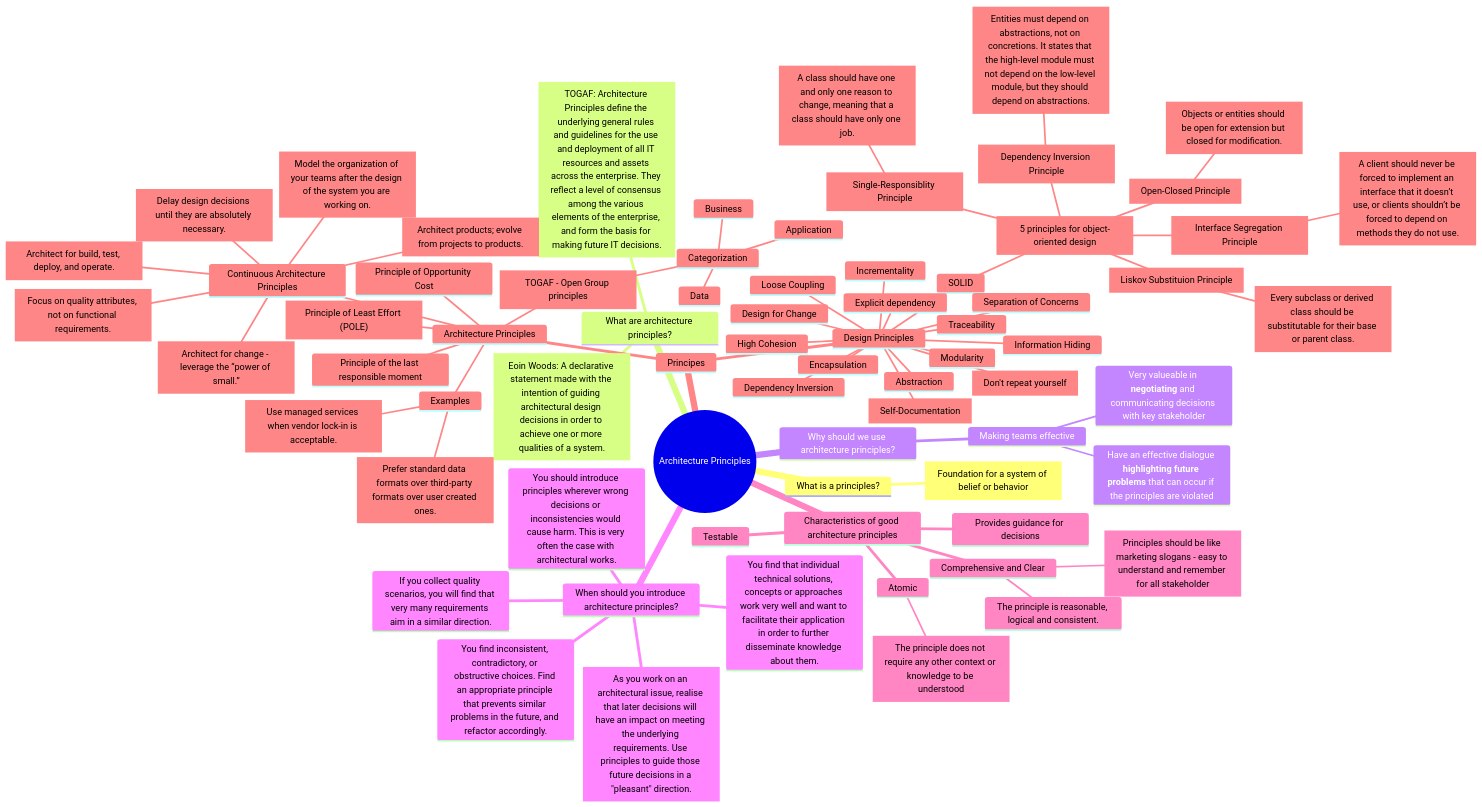
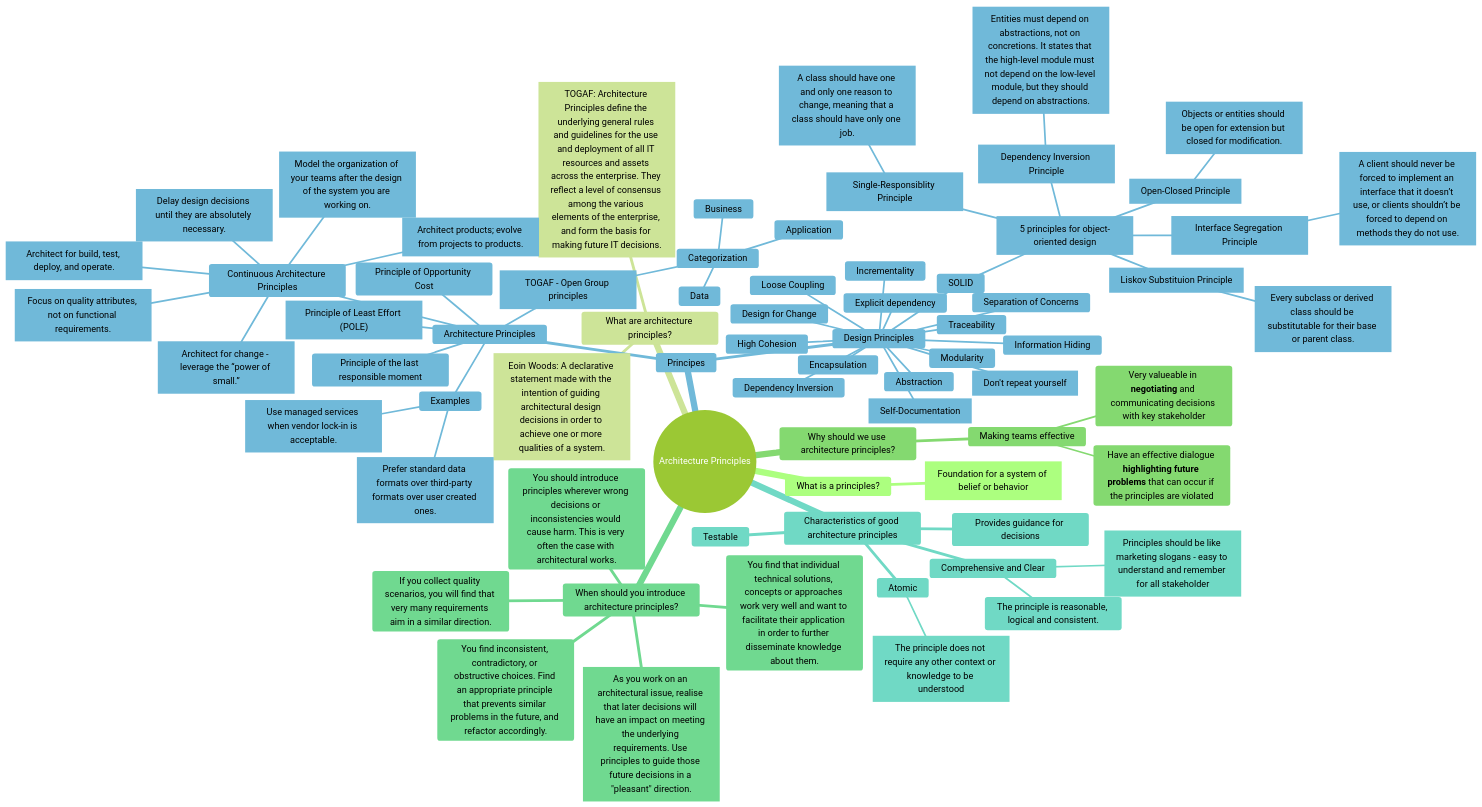
The diagram in README.md (bitsmuggler/software-architecture-principles), drawn with Mermaid before and after one commit.

````diff
--- a/README.md
+++ b/README.md
@@ -5,75 +5,77 @@
-```{.mermaid theme=forest}
+``` mermaid
+
+%%{init: {'theme': 'forest', "flowchart" : { "curve" : "basis" } } }%%
 
 mindmap
   root((Architecture Principles))
     What is a principles?
         ["Foundation for a system of belief or behavior"]
     What are architecture principles?
         ["Eoin Woods: A declarative statement made with the intention of guiding architectural design decisions in order to achieve one or more qualities of a system."]
         ["TOGAF: Architecture Principles define the underlying general rules and guidelines for the use and deployment of all IT resources and assets across the enterprise. They reflect a level of consensus among the various elements of the enterprise, and form the basis for making future IT decisions."]
     Why should we use architecture principles?
         Making teams effective
             Very valueable in **negotiating** and communicating decisions with key stakeholder
             Have an effective dialogue **highlighting future problems** that can occur if the principles are violated
     When should you introduce architecture principles?
         You should introduce principles wherever wrong decisions or inconsistencies would cause harm. This is very often the case with architectural works.
         You find that individual technical solutions, concepts or approaches work very well and want to facilitate their application in order to further disseminate knowledge about them.
         You find inconsistent, contradictory, or obstructive choices. Find an appropriate principle that prevents similar problems in the future, and refactor accordingly.
         If you collect quality scenarios, you will find that very many requirements aim in a similar direction.
         [As you work on an architectural issue, realise that later decisions will have an impact on meeting the underlying requirements. Use principles to guide those future decisions in a "pleasant" direction.]
     Characteristics of good architecture principles
         Comprehensive and Clear
             The principle is reasonable, logical and consistent.
             ["Principles should be like marketing slogans - easy to understand and remember for all stakeholder"]
         Provides guidance for decisions
         Testable
         Atomic
             ["The principle does not require any other context or knowledge to be understood"]    
     Principes
         Architecture Principles
             ["Principle of Least Effort (POLE)"]
             Principle of Opportunity Cost
             Principle of the last responsible moment
             [TOGAF - Open Group principles]
                 Categorization
                     Business
                     Data
                     Application
             Continuous Architecture Principles
                 [Architect products; evolve from projects to products.]
                 [Focus on quality attributes, not on functional requirements.]
                 [Delay design decisions until they are absolutely necessary.]
                 [Architect for change - leverage the “power of small.”]
                 [Architect for build, test, deploy, and operate.]
                 [Model the organization of your teams after the design of the system you are working on.]
             Examples
                 [Use managed services when vendor lock-in is acceptable.]
                 [Prefer standard data formats over third-party formats over user created ones.]
         Design Principles
             SOLID
                 [5 principles for object-oriented design]
                     [Single-Responsiblity Principle]
                         [A class should have one and only one reason to change, meaning that a class should have only one job.]
                     [Open-Closed Principle]
                         [Objects or entities should be open for extension but closed for modification.]
                     [Liskov Substituion Principle]
                         [Every subclass or derived class should be substitutable for their base or parent class.]
                     [Interface Segregation Principle]
                         [A client should never be forced to implement an interface that it doesn’t use, or clients shouldn’t be forced to depend on methods they do not use.]
                     [Dependency Inversion Principle]
                         [Entities must depend on abstractions, not on concretions. It states that the high-level module must not depend on the low-level module, but they should depend on abstractions.]
             Loose Coupling
             High Cohesion
             Design for Change
             Information Hiding
             Abstraction
             Modularity
             Traceability
             [Self-Documentation]
             Incrementality
             Separation of Concerns
             Encapsulation
             [Don't repeat yourself]
             Dependency Inversion
             Explicit dependency
 ```
````
